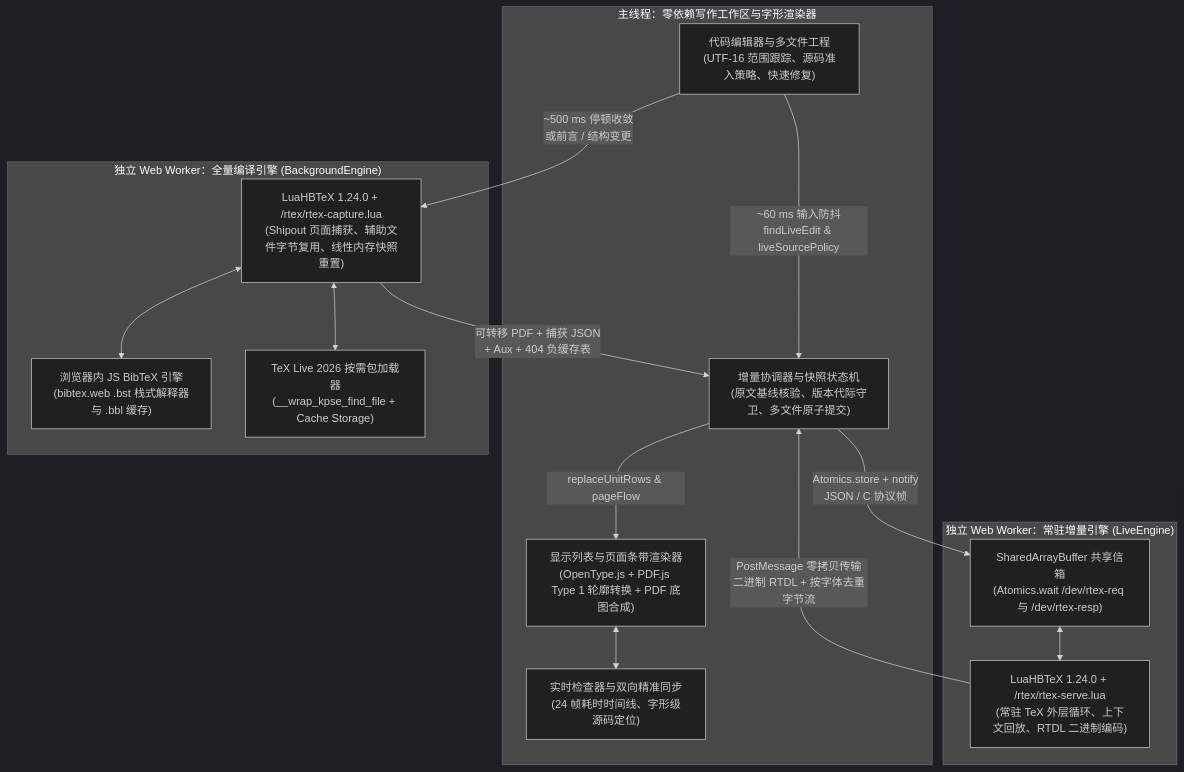
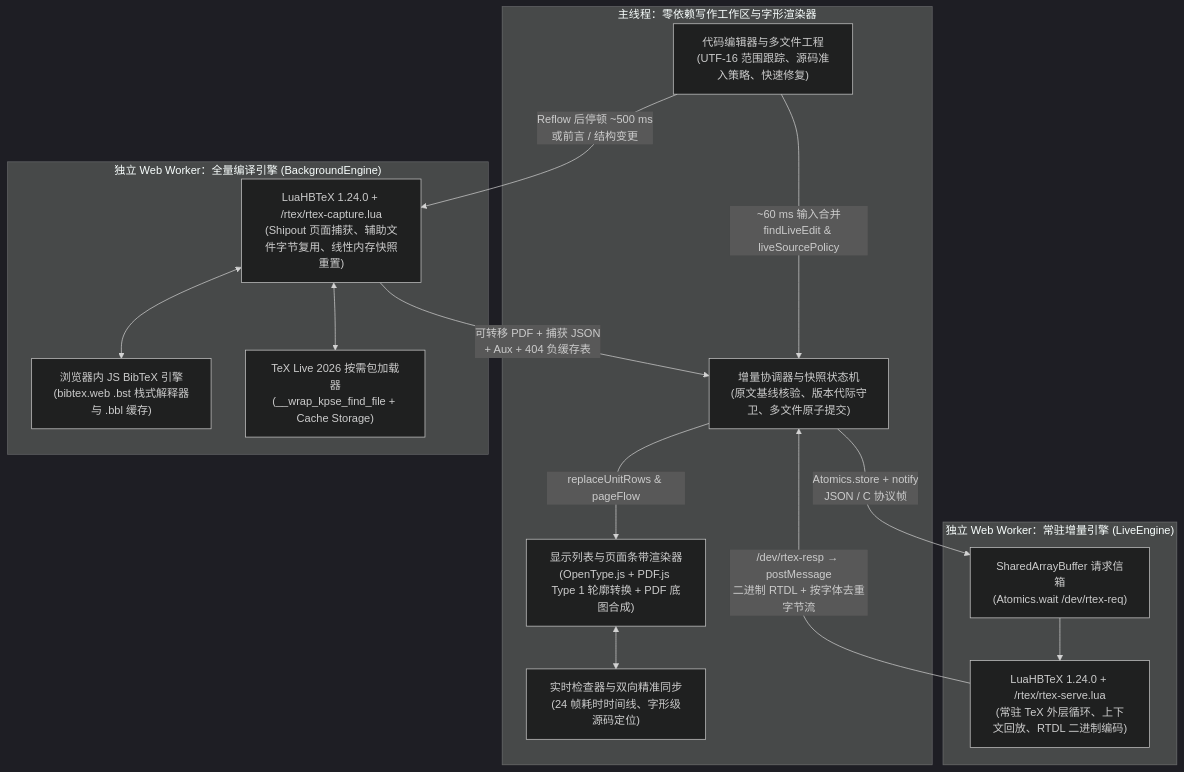
Before and after one commit to CodeBoy2006/LightningTeX: the diagram in README.zh-CN.md, drawn with Mermaid (dark theme). The commit also changed other lines of this file and 10 other files, not shown here.

````diff
--- a/README.zh-CN.md
+++ b/README.zh-CN.md
@@ -59,32 +59,32 @@
 ```mermaid
 flowchart TB
   subgraph UI["主线程：零依赖写作工作区与字形渲染器"]
     Editor["代码编辑器与多文件工程\n(UTF-16 范围跟踪、源码准入策略、快速修复)"]
     Coordinator["增量协调器与快照状态机\n(原文基线核验、版本代际守卫、多文件原子提交)"]
     Canvas["显示列表与页面条带渲染器\n(OpenType.js + PDF.js Type 1 轮廓转换 + PDF 底图合成)"]
     Inspector["实时检查器与双向精准同步\n(24 帧耗时时间线、字形级源码定位)"]
   end
 
   subgraph Live["独立 Web Worker：常驻增量引擎 (LiveEngine)"]
-    Mailbox["SharedArrayBuffer 共享信箱\n(Atomics.wait /dev/rtex-req 与 /dev/rtex-resp)"]
+    Mailbox["SharedArrayBuffer 请求信箱\n(Atomics.wait /dev/rtex-req)"]
     Serve["LuaHBTeX 1.24.0 + /rtex/rtex-serve.lua\n(常驻 TeX 外层循环、上下文回放、RTDL 二进制编码)"]
   end
 
   subgraph Bg["独立 Web Worker：全量编译引擎 (BackgroundEngine)"]
     FullTeX["LuaHBTeX 1.24.0 + /rtex/rtex-capture.lua\n(Shipout 页面捕获、辅助文件字节复用、线性内存快照重置)"]
     JSBib["浏览器内 JS BibTeX 引擎\n(bibtex.web .bst 栈式解释器与 .bbl 缓存)"]
     PkgCache["TeX Live 2026 按需包加载器\n(__wrap_kpse_find_file + Cache Storage)"]
   end
 
-  Editor -->|"~60 ms 输入防抖\nfindLiveEdit & liveSourcePolicy"| Coordinator
+  Editor -->|"~60 ms 输入合并\nfindLiveEdit & liveSourcePolicy"| Coordinator
   Coordinator -->|"Atomics.store + notify\nJSON / C 协议帧"| Mailbox
-  Mailbox <--> Serve
-  Serve -->|"PostMessage 零拷贝传输\n二进制 RTDL + 按字体去重字节流"| Coordinator
+  Mailbox --> Serve
+  Serve -->|"/dev/rtex-resp → postMessage\n二进制 RTDL + 按字体去重字节流"| Coordinator
   Coordinator -->|"replaceUnitRows & pageFlow"| Canvas
   Canvas <--> Inspector
 
-  Editor -->|"~500 ms 停顿收敛\n或前言 / 结构变更"| FullTeX
+  Editor -->|"Reflow 后停顿 ~500 ms\n或前言 / 结构变更"| FullTeX
   FullTeX <--> JSBib
   FullTeX <--> PkgCache
   FullTeX -->|"可转移 PDF + 捕获 JSON\n+ Aux + 404 负缓存表"| Coordinator
 ```
````
